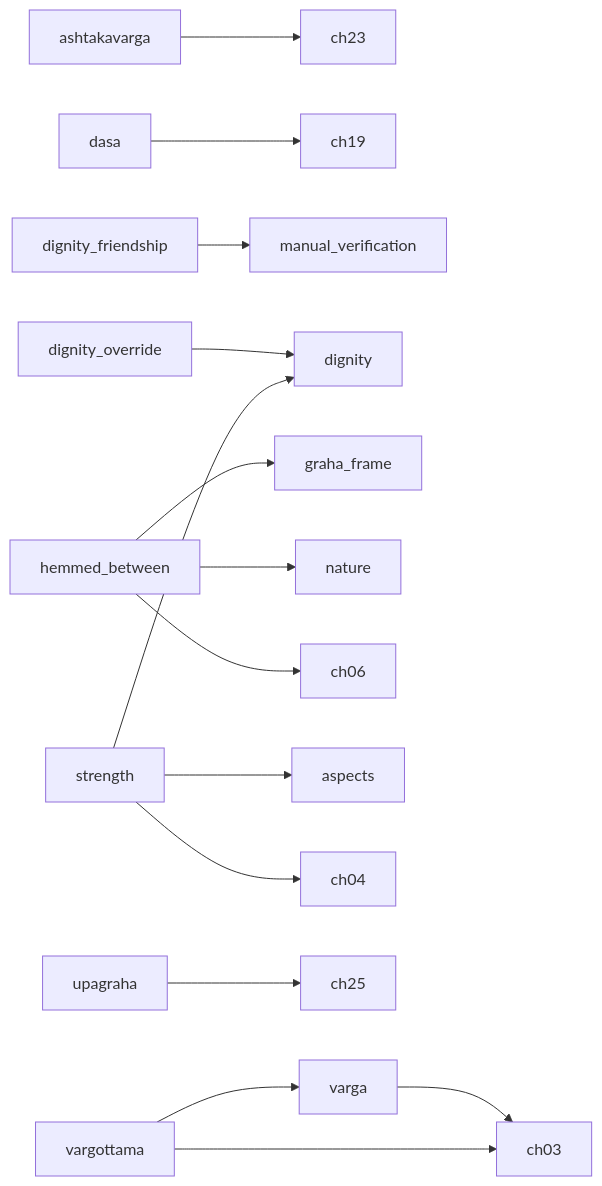
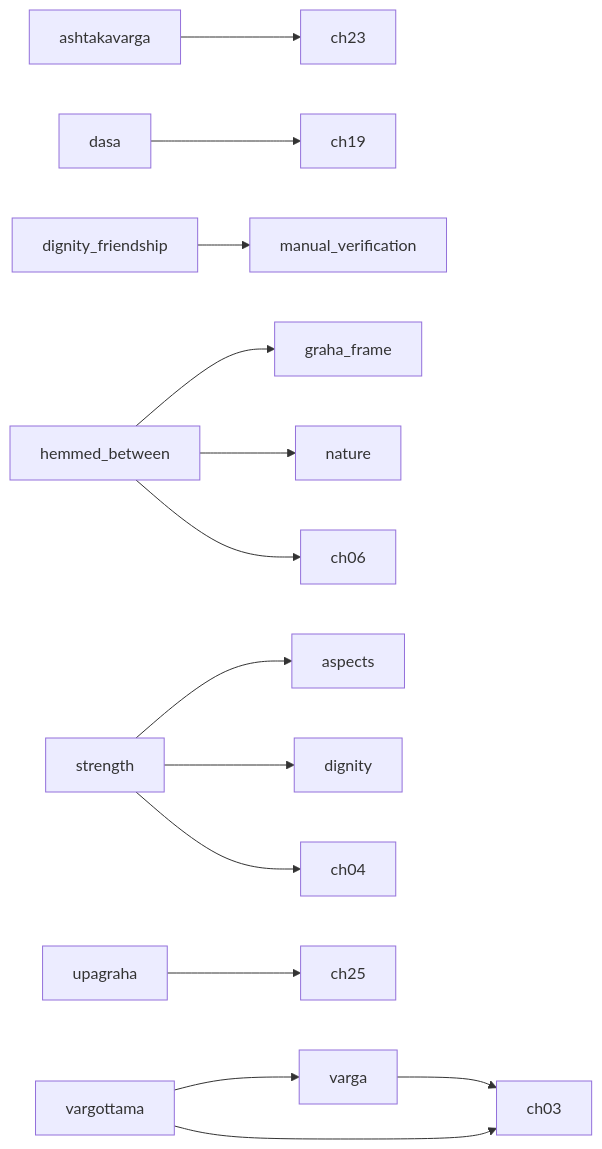
Before and after one commit to tarunrameshphotography/Vedic-AI: the diagram in Reports/PHASE3_PLAN.md, drawn with Mermaid. The commit also changed other lines of this file and 7 other files, not shown here.

First line of the commit message:
engine: dignity-override mechanism (dep.dignity-override)

````diff
--- a/Reports/PHASE3_PLAN.md
+++ b/Reports/PHASE3_PLAN.md
@@ -37,17 +36,16 @@
 ```mermaid
 graph LR
   ashtakavarga --> ch23
   dasa --> ch19
   dignity_friendship --> manual_verification
-  dignity_override --> dignity
   hemmed_between --> graha_frame
   hemmed_between --> nature
   hemmed_between --> ch06
   strength --> aspects
   strength --> dignity
   strength --> ch04
   upagraha --> ch25
   varga --> ch03
   vargottama --> varga
   vargottama --> ch03
 ```
````
